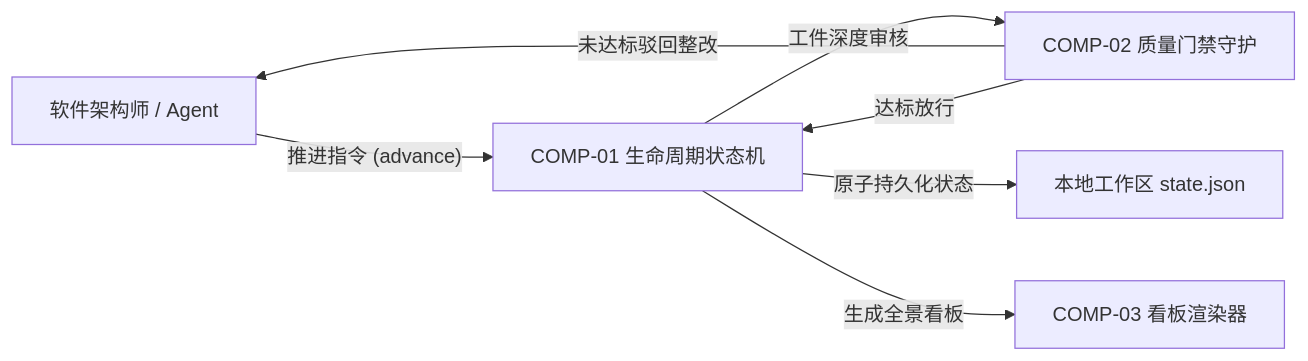
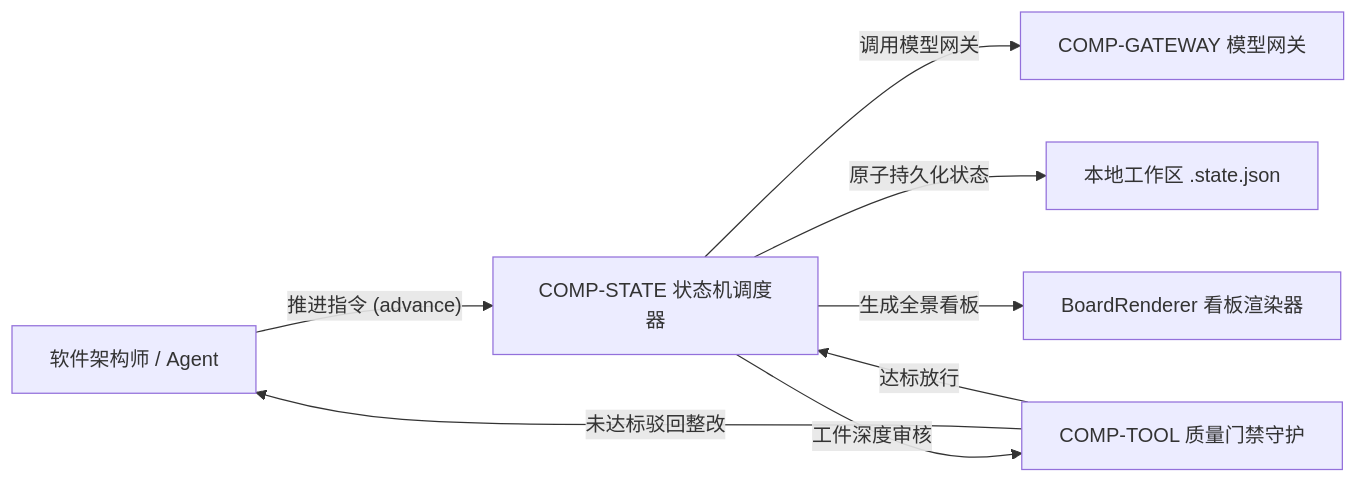
Before and after one commit to swizardlv/architect_skill: the diagram in docs/architecture/04-execution/arb-review-submission.md, drawn with Mermaid. The commit also changed other lines of this file and 10 other files, not shown here.

````diff
--- a/docs/architecture/04-execution/arb-review-submission.md
+++ b/docs/architecture/04-execution/arb-review-submission.md
@@ -40,9 +42,10 @@
 ```mermaid
 flowchart LR
-    Architect["软件架构师 / Agent"] -->|"推进指令 (advance)"| Orchestrator["COMP-01 生命周期状态机"]
-    Orchestrator -->|"工件深度审核"| Guard["COMP-02 质量门禁守护"]
+    Architect["软件架构师 / Agent"] -->|"推进指令 (advance)"| Orchestrator["COMP-STATE 状态机调度器"]
+    Orchestrator -->|"调用模型网关"| Gateway["COMP-GATEWAY 模型网关"]
+    Orchestrator -->|"工件深度审核"| Guard["COMP-TOOL 质量门禁守护"]
     Guard -->|"未达标驳回整改"| Architect
     Guard -->|"达标放行"| Orchestrator
-    Orchestrator -->|"原子持久化状态"| Store["本地工作区 state.json"]
-    Orchestrator -->|"生成全景看板"| Board["COMP-03 看板渲染器"]
+    Orchestrator -->|"原子持久化状态"| Store["本地工作区 .state.json"]
+    Orchestrator -->|"生成全景看板"| Board["BoardRenderer 看板渲染器"]
 ```
````
